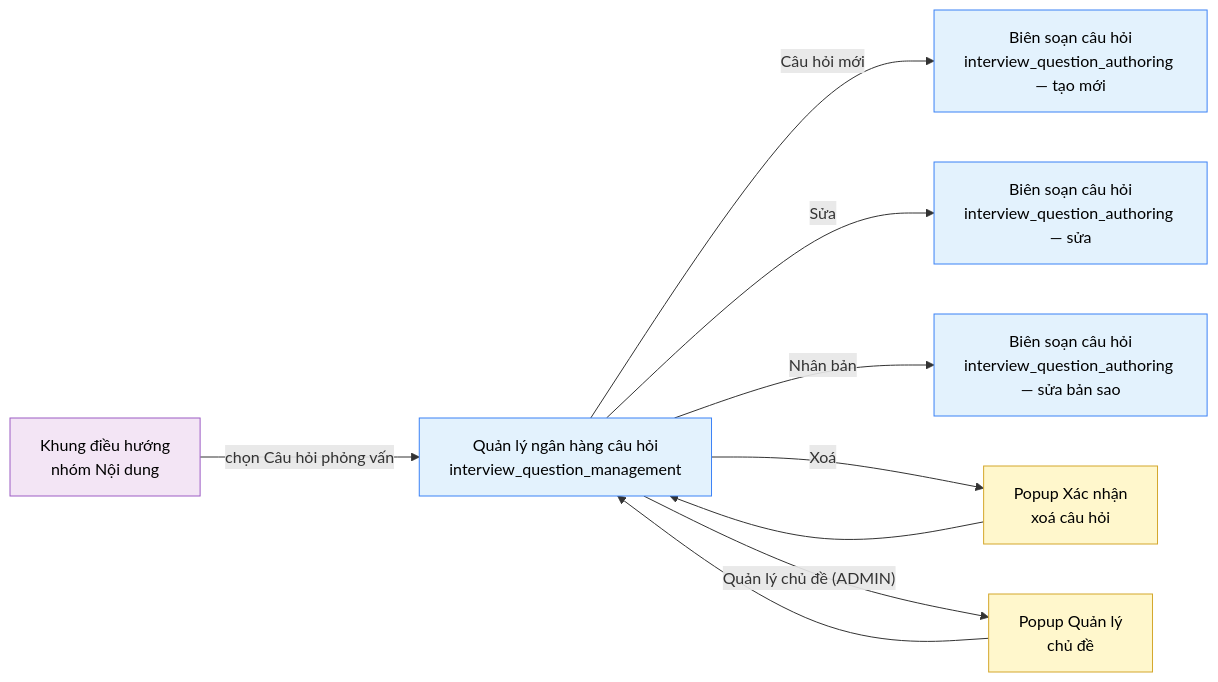
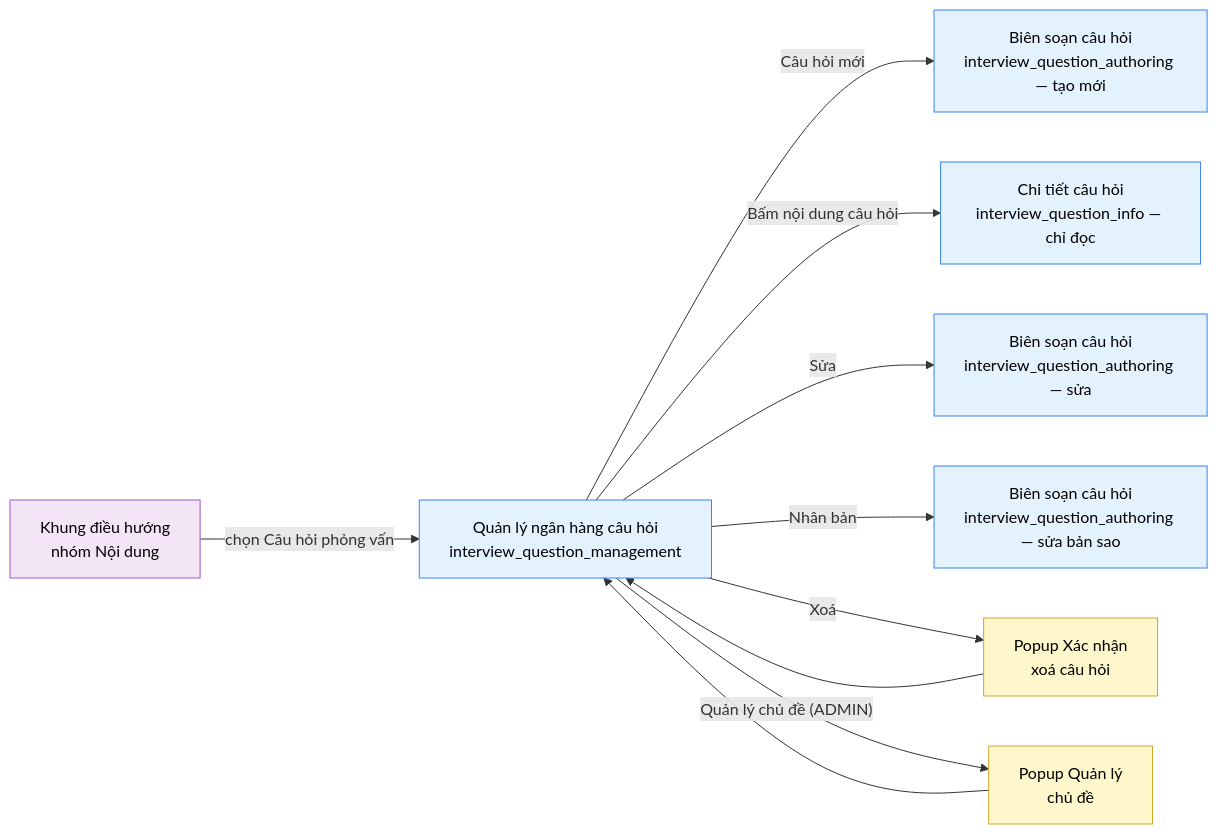
One commit to daiphu1801/PRJ_ALGOPREP changed the diagram in 02-bd/screens/shared/SHR0301_interview_question_management.md. Above: the diagram before and after it, drawn with Mermaid. The commit also changed other lines of this file and 216 other files, not shown here.

````diff
--- a/02-bd/screens/shared/SHR0301_interview_question_management.md
+++ b/02-bd/screens/shared/SHR0301_interview_question_management.md
@@ -171,20 +187,21 @@
 ```mermaid
 flowchart LR
     nav["Khung điều hướng<br/>nhóm Nội dung"] -->|"chọn Câu hỏi phỏng vấn"| main["Quản lý ngân hàng câu hỏi<br/>interview_question_management"]
     main -->|"Câu hỏi mới"| create["Biên soạn câu hỏi<br/>interview_question_authoring — tạo mới"]
+    main -->|"Bấm nội dung câu hỏi"| info["Chi tiết câu hỏi<br/>interview_question_info — chỉ đọc"]
     main -->|"Sửa"| edit["Biên soạn câu hỏi<br/>interview_question_authoring — sửa"]
     main -->|"Nhân bản"| dup["Biên soạn câu hỏi<br/>interview_question_authoring — sửa bản sao"]
     main -->|"Xoá"| confirm["Popup Xác nhận<br/>xoá câu hỏi"]
     confirm --> main
     main -->|"Quản lý chủ đề (ADMIN)"| topics["Popup Quản lý<br/>chủ đề"]
     topics --> main
 
     classDef source fill:#F3E5F5,stroke:#9C5CC4,color:#000
     classDef screen fill:#E3F2FD,stroke:#3B82F6,color:#000
     classDef popup fill:#FFF7CC,stroke:#D4A72C,color:#000
 
     class nav source
     class main screen
-    class create,edit,dup screen
+    class create,edit,dup,info screen
     class confirm,topics popup
 ```
````
